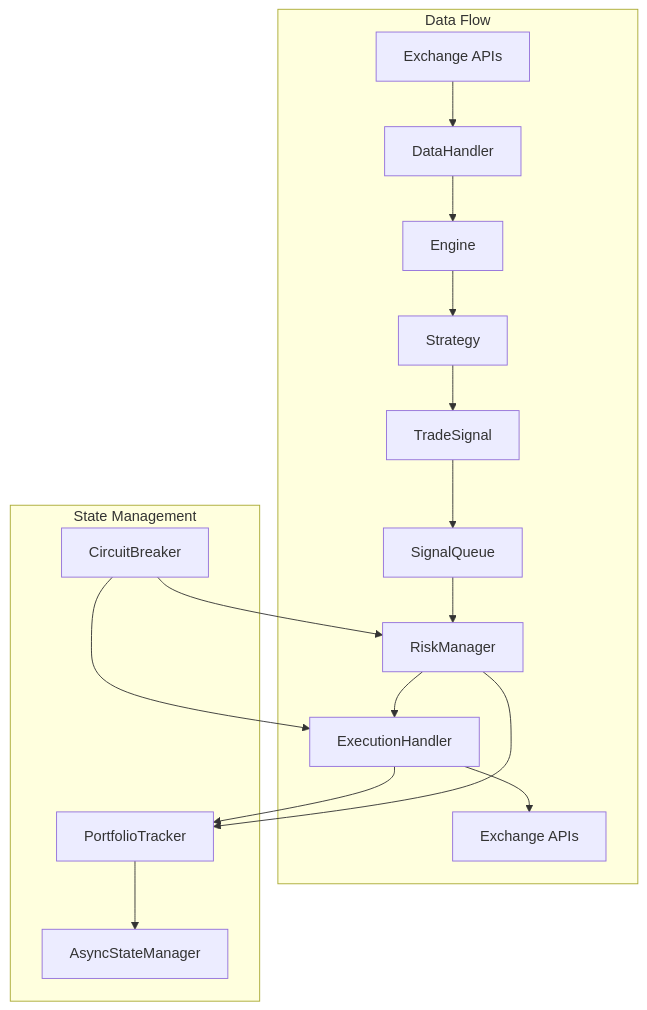
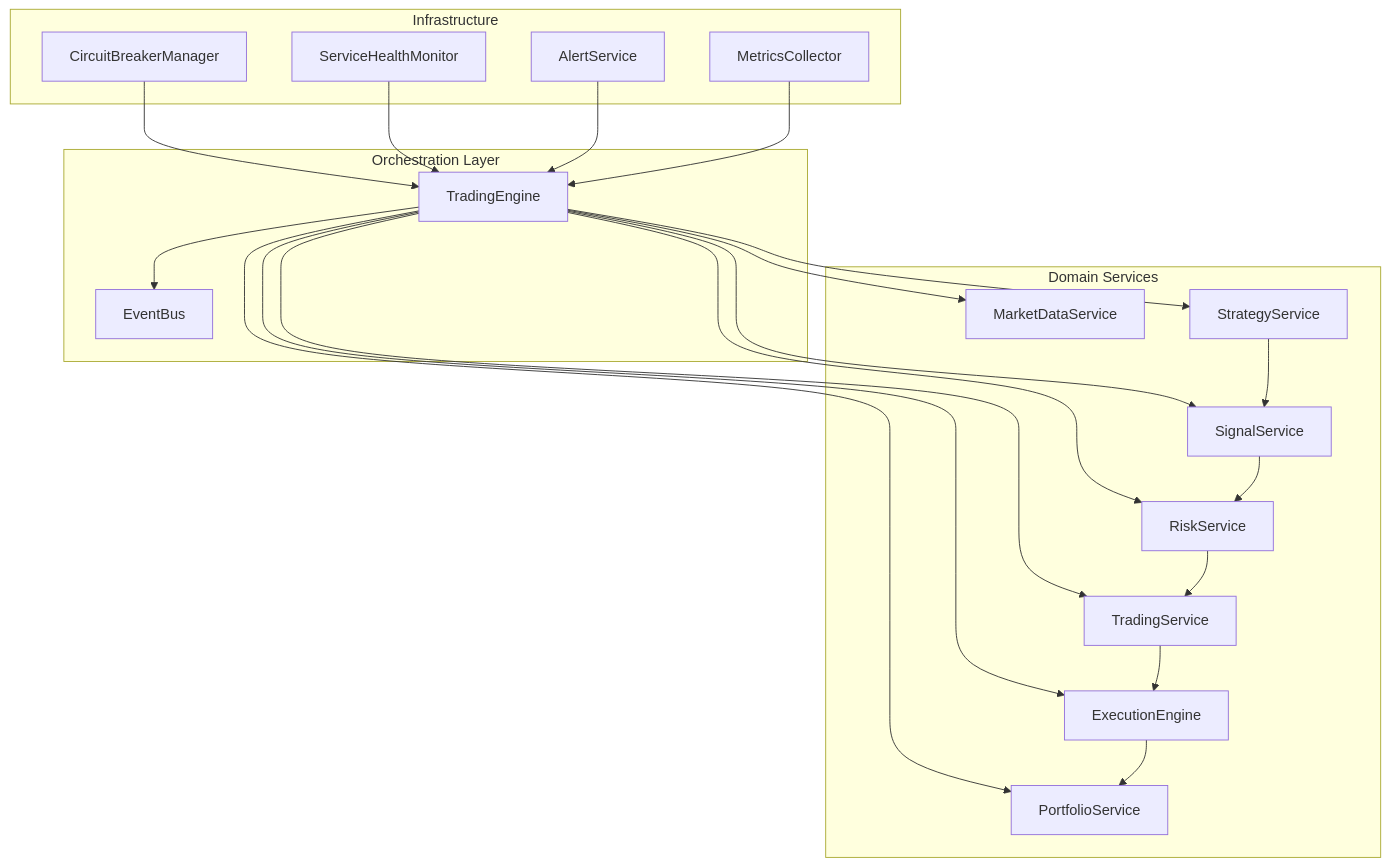
One commit to plataplomo/hummingbot changed the first of 2 diagrams in workflow/2025_07_01_architecture_analysis.md. Above: the diagram before and after it, drawn with Mermaid. The commit also changed other lines of this file and 93 other files, not shown here.

````diff
--- a/workflow/2025_07_01_architecture_analysis.md
+++ b/workflow/2025_07_01_architecture_analysis.md
@@ -31,25 +43,42 @@
 ```mermaid
 graph TB
-    subgraph "Data Flow"
-        A[Exchange APIs] --> B[DataHandler]
-        B --> C[Engine]
-        C --> D[Strategy]
-        D --> E[TradeSignal]
-        E --> F[SignalQueue]
-        F --> G[RiskManager]
-        G --> H[ExecutionHandler]
-        H --> I[Exchange APIs]
+    subgraph "Orchestration Layer"
+        TE[TradingEngine] --> ES[EventBus]
     end
 
-    subgraph "State Management"
-        J[PortfolioTracker]
-        K[AsyncStateManager]
-        L[CircuitBreaker]
+    subgraph "Domain Services"
+        MDS[MarketDataService]
+        PS[PortfolioService]
+        RS[RiskService]
+        SS[SignalService]
+        STS[StrategyService]
+        TS[TradingService]
+        EE[ExecutionEngine]
     end
 
-    H --> J
-    G --> J
-    J --> K
-    L --> G
-    L --> H
+    subgraph "Infrastructure"
+        CBM[CircuitBreakerManager]
+        SHM[ServiceHealthMonitor]
+        AS[AlertService]
+        MC[MetricsCollector]
+    end
+
+    TE --> MDS
+    TE --> PS
+    TE --> RS
+    TE --> SS
+    TE --> STS
+    TE --> TS
+    TE --> EE
+
+    STS --> SS
+    SS --> RS
+    RS --> TS
+    TS --> EE
+    EE --> PS
+
+    CBM --> TE
+    SHM --> TE
+    AS --> TE
+    MC --> TE
 ```
````
